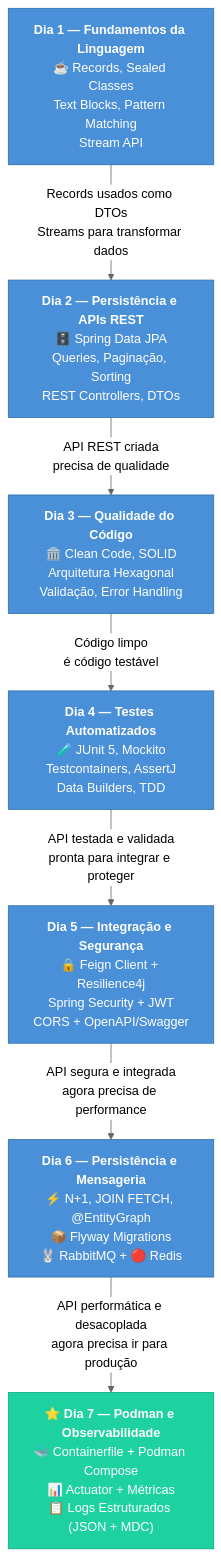
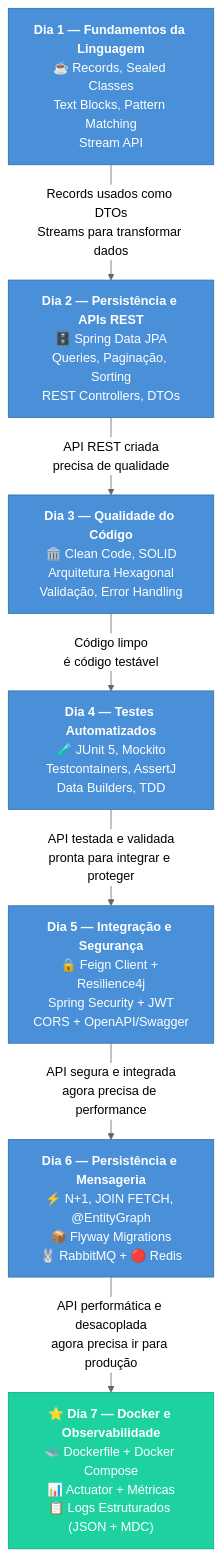
The first of 2 diagrams in dia-07/slide-01.md (deusemarjunior/trein-java-intermed), drawn with Mermaid (neutral theme) before and after one commit. The commit also changed other lines of this file and 12 other files, not shown here.

First line of the commit message:
Refactor slides and configuration files to transition from Podman to Docker

````diff
--- a/dia-07/slide-01.md
+++ b/dia-07/slide-01.md
@@ -35,36 +35,36 @@
 ```mermaid
 flowchart TD
     D1["<b>Dia 1 — Fundamentos da Linguagem</b><br/>☕ Records, Sealed Classes<br/>Text Blocks, Pattern Matching<br/>Stream API"]
 
     D1 -->|"Records usados como DTOs<br/>Streams para transformar dados"| D2
 
     D2["<b>Dia 2 — Persistência e APIs REST</b><br/>🗄️ Spring Data JPA<br/>Queries, Paginação, Sorting<br/>REST Controllers, DTOs"]
 
     D2 -->|"API REST criada<br/>precisa de qualidade"| D3
 
     D3["<b>Dia 3 — Qualidade do Código</b><br/>🏛️ Clean Code, SOLID<br/>Arquitetura Hexagonal<br/>Validação, Error Handling"]
 
     D3 -->|"Código limpo<br/>é código testável"| D4
 
     D4["<b>Dia 4 — Testes Automatizados</b><br/>🧪 JUnit 5, Mockito<br/>Testcontainers, AssertJ<br/>Data Builders, TDD"]
 
     D4 -->|"API testada e validada<br/>pronta para integrar e proteger"| D5
 
     D5["<b>Dia 5 — Integração e Segurança</b><br/>🔒 Feign Client + Resilience4j<br/>Spring Security + JWT<br/>CORS + OpenAPI/Swagger"]
 
     D5 -->|"API segura e integrada<br/>agora precisa de performance"| D6
 
     D6["<b>Dia 6 — Persistência e Mensageria</b><br/>⚡ N+1, JOIN FETCH, @EntityGraph<br/>📦 Flyway Migrations<br/>🐰 RabbitMQ + 🔴 Redis"]
 
     D6 -->|"API performática e desacoplada<br/>agora precisa ir para produção"| D7
 
-    D7["<b>⭐ Dia 7 — Podman e Observabilidade</b><br/>🐳 Containerfile + Podman Compose<br/>📊 Actuator + Métricas<br/>📋 Logs Estruturados (JSON + MDC)"]
+    D7["<b>⭐ Dia 7 — Docker e Observabilidade</b><br/>🐳 Dockerfile + Docker Compose<br/>📊 Actuator + Métricas<br/>📋 Logs Estruturados (JSON + MDC)"]
 
     style D1 fill:#4a90d9,color:#fff,stroke:#2c6fad
     style D2 fill:#4a90d9,color:#fff,stroke:#2c6fad
     style D3 fill:#4a90d9,color:#fff,stroke:#2c6fad
     style D4 fill:#4a90d9,color:#fff,stroke:#2c6fad
     style D5 fill:#4a90d9,color:#fff,stroke:#2c6fad
     style D6 fill:#4a90d9,color:#fff,stroke:#2c6fad
     style D7 fill:#1dd1a1,color:#fff,stroke:#10ac84
 ```
````
